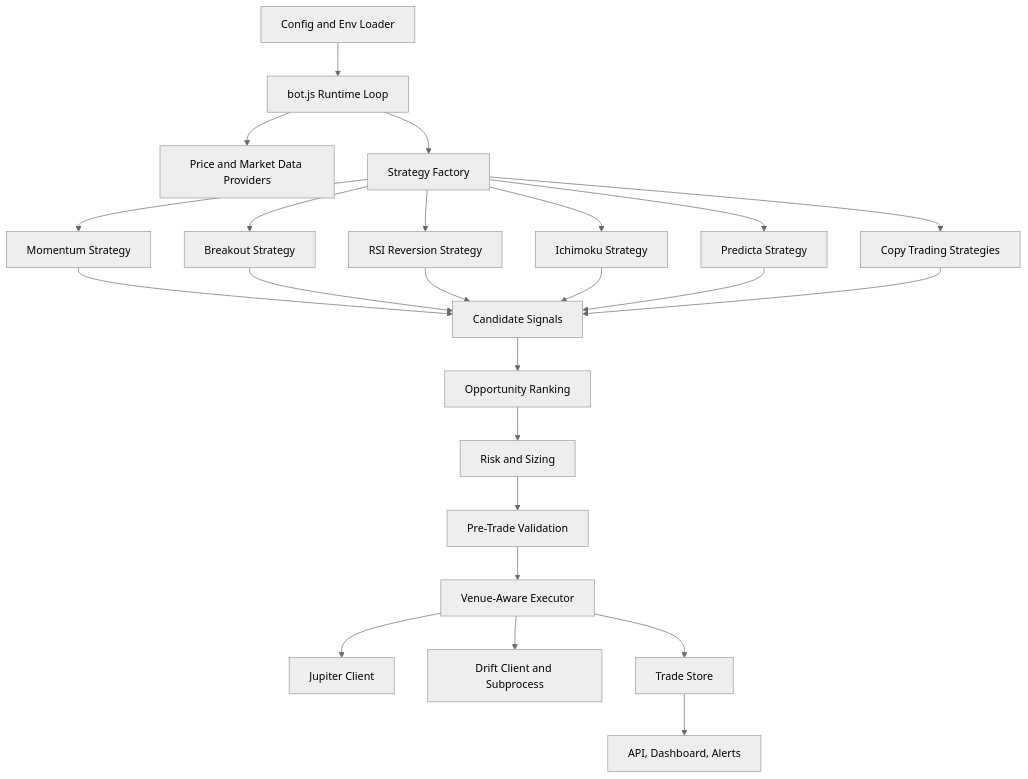
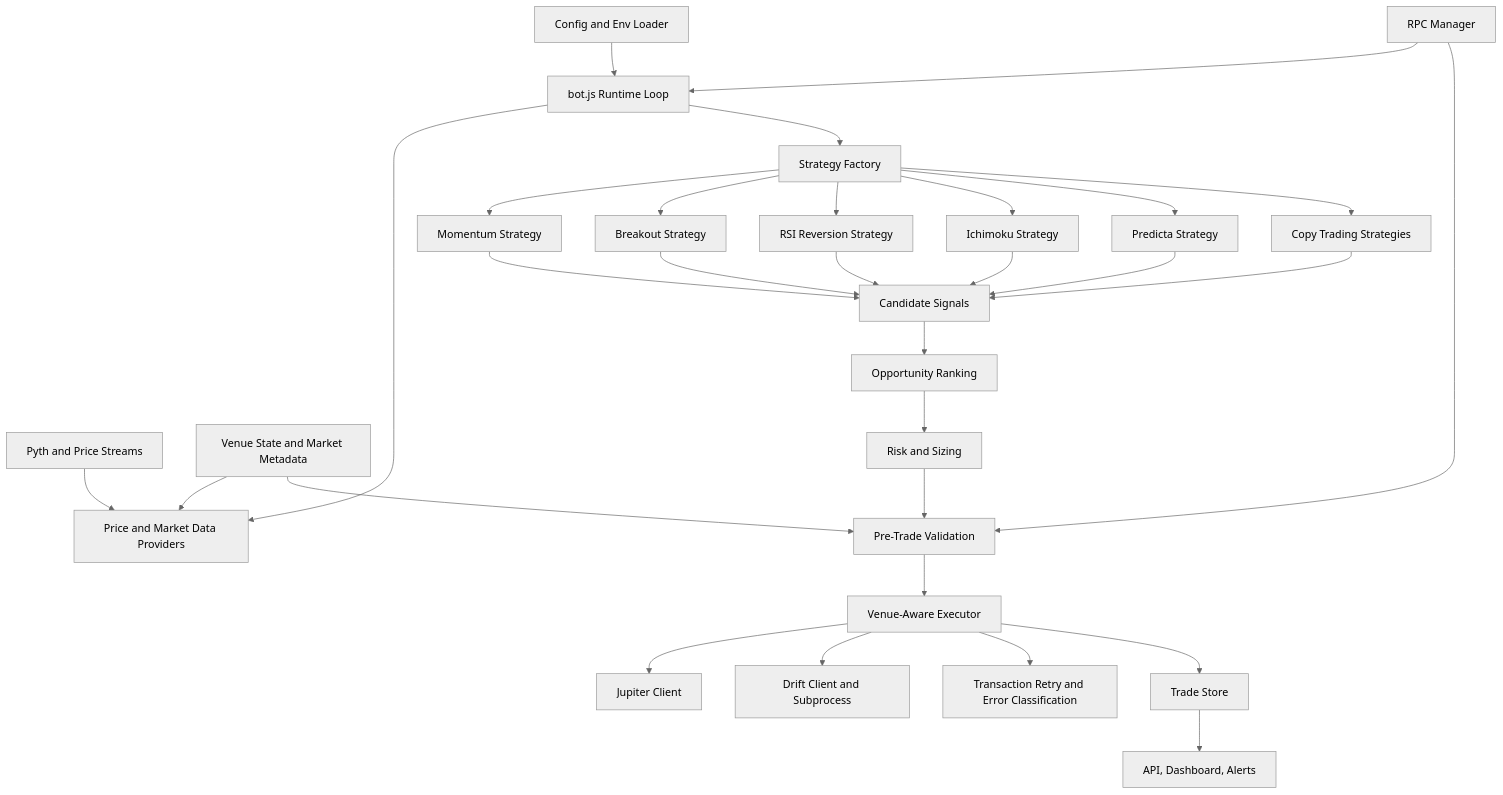
One commit to hashemselsherif/automated-trading-platform-showcase changed the second of 3 diagrams in docs/ERD.md. Above: the diagram before and after it, drawn with Mermaid (neutral theme). The commit also changed other lines of this file and 4 other files, not shown here.

````diff
--- a/docs/ERD.md
+++ b/docs/ERD.md
@@ -36,26 +56,32 @@
 ```mermaid
 flowchart TB
   Config[Config and Env Loader] --> Bot[bot.js Runtime Loop]
-  Bot --> Price[Price and Market Data Providers]
+  RPC[RPC Manager] --> Bot
+  Pyth[Pyth and Price Streams] --> Price[Price and Market Data Providers]
+  VenueState[Venue State and Market Metadata] --> Price
+  Bot --> Price
   Bot --> Factory[Strategy Factory]
   Factory --> Momentum[Momentum Strategy]
   Factory --> Breakout[Breakout Strategy]
   Factory --> RSI[RSI Reversion Strategy]
   Factory --> Ichimoku[Ichimoku Strategy]
   Factory --> Predicta[Predicta Strategy]
   Factory --> Copy[Copy Trading Strategies]
   Momentum --> Signals[Candidate Signals]
   Breakout --> Signals
   RSI --> Signals
   Ichimoku --> Signals
   Predicta --> Signals
   Copy --> Signals
   Signals --> Allocator[Opportunity Ranking]
   Allocator --> Risk[Risk and Sizing]
   Risk --> Validation[Pre-Trade Validation]
+  RPC --> Validation
+  VenueState --> Validation
   Validation --> Router[Venue-Aware Executor]
   Router --> Jupiter[Jupiter Client]
   Router --> Drift[Drift Client and Subprocess]
+  Router --> Retry[Transaction Retry and Error Classification]
   Router --> Ledger[Trade Store]
   Ledger --> UI[API, Dashboard, Alerts]
 ```
````
